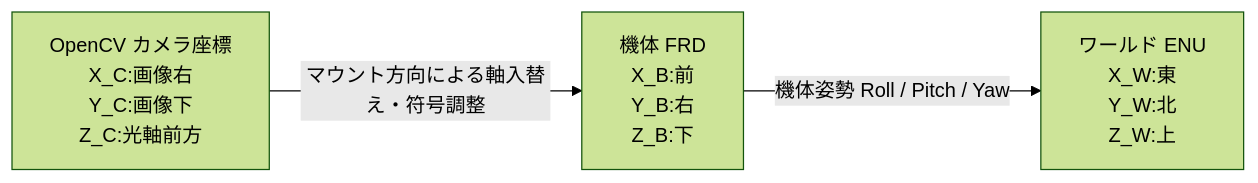
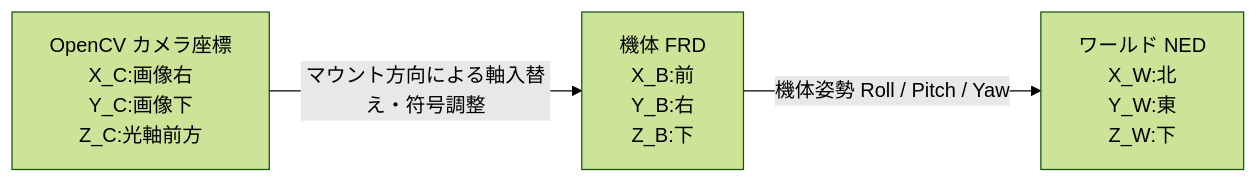
Before and after one commit to UmemotoLab/Mavlink_raspi: the second of 3 diagrams in AR-hook/ARhook_システム構成.md, drawn with Mermaid (forest theme). The commit also changed other lines of this file and 5 other files, not shown here.

Commit message:
Fix coordinate system references from ENU to NED across documentation and code. Update transformation equations, logging formats, and verification scripts to reflect the change in coordinate frames. Ensure consistency in axis definitions and descriptions for clarity in AR and Motive integration.

````diff
--- a/AR-hook/ARhook_システム構成.md
+++ b/AR-hook/ARhook_システム構成.md
@@ -57,8 +57,8 @@
 ```mermaid
 flowchart LR
     C["OpenCV カメラ座標<br/>X_C:画像右<br/>Y_C:画像下<br/>Z_C:光軸前方"]
     B["機体 FRD<br/>X_B:前<br/>Y_B:右<br/>Z_B:下"]
-    W["ワールド ENU<br/>X_W:東<br/>Y_W:北<br/>Z_W:上"]
+    W["ワールド NED<br/>X_W:北<br/>Y_W:東<br/>Z_W:下"]
     C -->|"マウント方向による軸入替え・符号調整"| B
     B -->|"機体姿勢 Roll / Pitch / Yaw"| W
 ```
````
